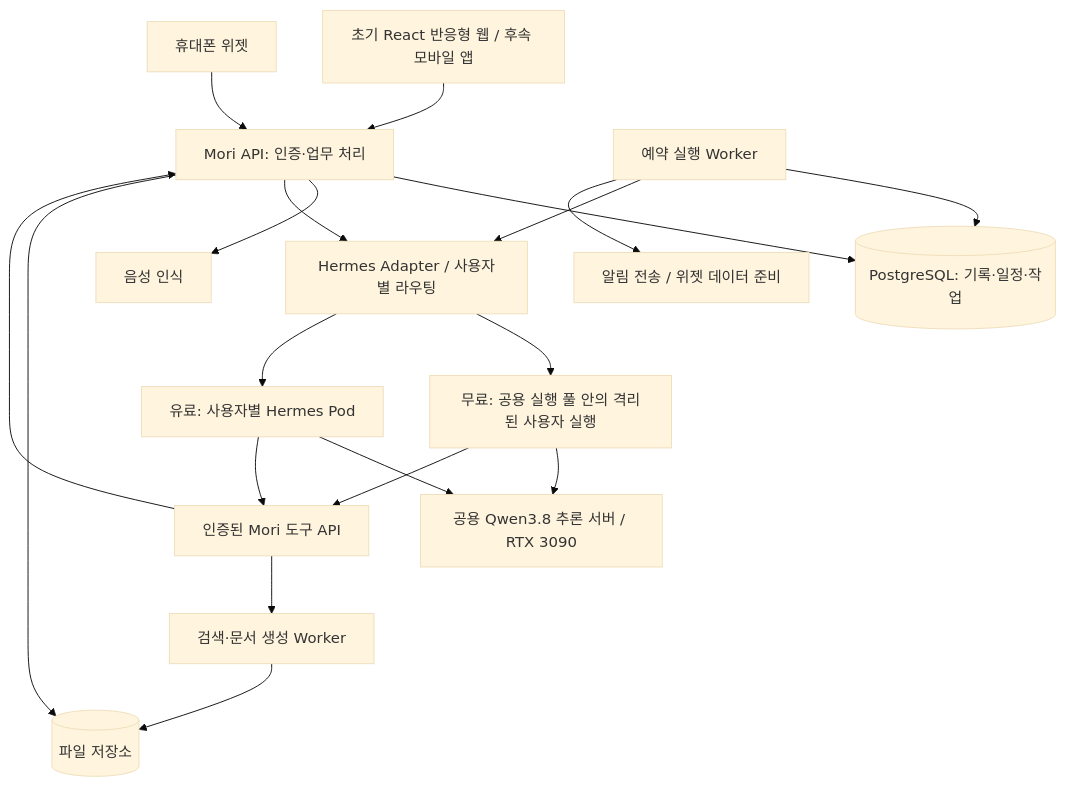
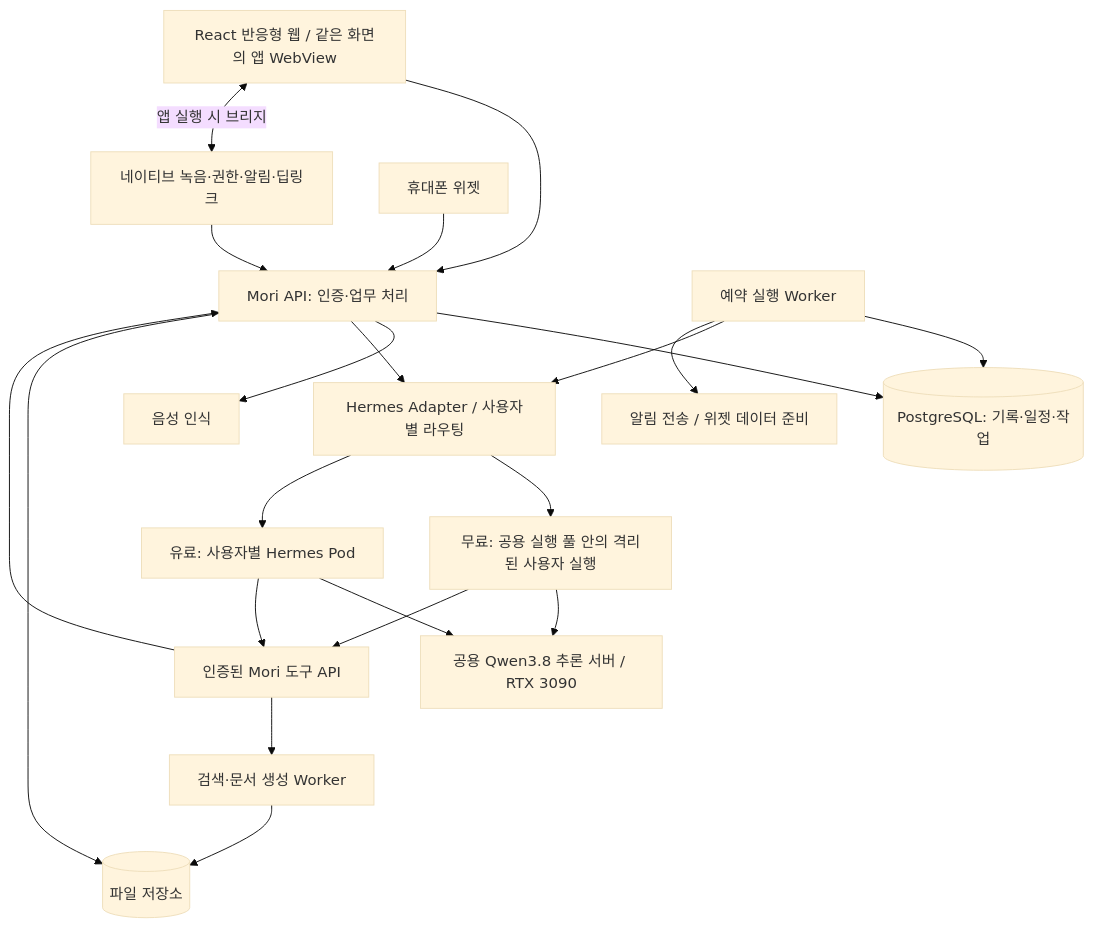
Before and after one commit to dong7314/mori: the diagram in architecture/plan.md, drawn with Mermaid (base theme). The commit also changed other lines of this file and 2 other files, not shown here.

Commit message:
docs: plan shared React web UI in mobile WebView

````diff
--- a/architecture/plan.md
+++ b/architecture/plan.md
@@ -9,21 +9,23 @@
 ```mermaid
 flowchart TD
-    App[초기 React 반응형 웹 / 후속 모바일 앱] --> API[Mori API: 인증·업무 처리]
+    App[React 반응형 웹 / 같은 화면의 앱 WebView] --> API[Mori API: 인증·업무 처리]
+    App <-->|앱 실행 시 브리지| Native[네이티브 녹음·권한·알림·딥링크]
+    Native --> API
     Widget[휴대폰 위젯] --> API
     API --> DB[(PostgreSQL: 기록·일정·작업)]
     API --> STT[음성 인식]
     API --> Router[Hermes Adapter / 사용자별 라우팅]
     Scheduler[예약 실행 Worker] --> DB
     Scheduler --> Router
     Scheduler --> Notify[알림 전송 / 위젯 데이터 준비]
     Router --> Shared[무료: 공용 실행 풀 안의 격리된 사용자 실행]
     Router --> Dedicated[유료: 사용자별 Hermes Pod]
     Shared --> LLM[공용 Qwen3.8 추론 서버 / RTX 3090]
     Dedicated --> LLM
     Shared --> Tools[인증된 Mori 도구 API]
     Dedicated --> Tools
     Tools --> API
     Tools --> Jobs[검색·문서 생성 Worker]
     Jobs --> Files[(파일 저장소)]
     API --> Files
 ```
````
